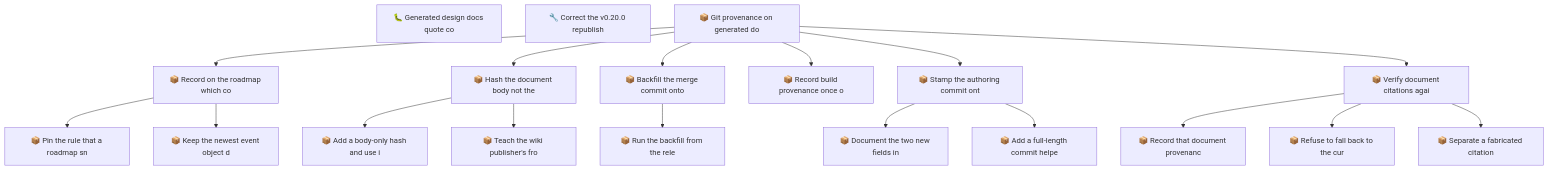
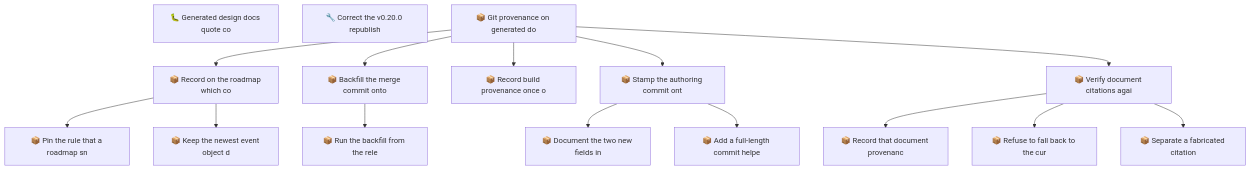
One commit to SpillwaveSolutions/wiki_ticket_sdd changed the second of 2 diagrams in docs/roadmap.md. Above: the diagram before and after it, drawn with Mermaid. The commit also changed other lines of this file and 30 other files, not shown here.

````diff
--- a/docs/roadmap.md
+++ b/docs/roadmap.md
@@ -111,38 +102,32 @@
 ```mermaid
 graph TD
     01KZ2M75CEXBQHFN1AG1Z8A2YB["🐛 Generated design docs quote co"]
     01KZ2PJZF067ZS4YW231C1FM28["🔧 Correct the v0.20.0 republish"]
     01KZ30X6HZ6FKJXJX386J44CB1["📦 Git provenance on generated do"]
     01KZ30X6JD06D11ACPVF8Q5GMW["📦 Record on the roadmap which co"]
-    01KZ30X6JD7M4XV6Y5194E1D32["📦 Hash the document body not the"]
     01KZ30X6JDHPRBESZDQ2CSNJZ2["📦 Pin the rule that a roadmap sn"]
     01KZ30X6JDSYHB6FQB7RRCGKQQ["📦 Keep the newest event object d"]
-    01KZ30X6JDXDZ38RY6AQEYE7VY["📦 Add a body-only hash and use i"]
-    01KZ30X6JDYF6YQWN6WYMVQ5Y4["📦 Teach the wiki publisher's fro"]
     01KZ30X6JE0QSQF6BE8S0YRPBW["📦 Backfill the merge commit onto"]
     01KZ30X6JE1ERVS43QVXEEGVXA["📦 Record build provenance once o"]
     01KZ30X6JE8542ERDW1B8A9P8H["📦 Run the backfill from the rele"]
     01KZ30X6JEBXN08HQTQ77ESSTV["📦 Record that document provenanc"]
     01KZ30X6JECK0M9G04ZHMS4SMA["📦 Stamp the authoring commit ont"]
     01KZ30X6JEETVQZG7YYFM7B998["📦 Refuse to fall back to the cur"]
     01KZ30X6JEF29Z5AEEWXBSJWHV["📦 Verify document citations agai"]
     01KZ30X6JEH1Z7D5AC5ZAMM5V8["📦 Document the two new fields in"]
     01KZ30X6JEWCD74E81Y555DAYP["📦 Separate a fabricated citation"]
     01KZ30X6JEXH4TTKHDNV3ZW0Q2["📦 Add a full-length commit helpe"]
     01KZ30X6HZ6FKJXJX386J44CB1 --> 01KZ30X6JD06D11ACPVF8Q5GMW
-    01KZ30X6HZ6FKJXJX386J44CB1 --> 01KZ30X6JD7M4XV6Y5194E1D32
     01KZ30X6JD06D11ACPVF8Q5GMW --> 01KZ30X6JDHPRBESZDQ2CSNJZ2
     01KZ30X6JD06D11ACPVF8Q5GMW --> 01KZ30X6JDSYHB6FQB7RRCGKQQ
-    01KZ30X6JD7M4XV6Y5194E1D32 --> 01KZ30X6JDXDZ38RY6AQEYE7VY
-    01KZ30X6JD7M4XV6Y5194E1D32 --> 01KZ30X6JDYF6YQWN6WYMVQ5Y4
     01KZ30X6HZ6FKJXJX386J44CB1 --> 01KZ30X6JE0QSQF6BE8S0YRPBW
     01KZ30X6HZ6FKJXJX386J44CB1 --> 01KZ30X6JE1ERVS43QVXEEGVXA
     01KZ30X6JE0QSQF6BE8S0YRPBW --> 01KZ30X6JE8542ERDW1B8A9P8H
     01KZ30X6JEF29Z5AEEWXBSJWHV --> 01KZ30X6JEBXN08HQTQ77ESSTV
     01KZ30X6HZ6FKJXJX386J44CB1 --> 01KZ30X6JECK0M9G04ZHMS4SMA
     01KZ30X6JEF29Z5AEEWXBSJWHV --> 01KZ30X6JEETVQZG7YYFM7B998
     01KZ30X6HZ6FKJXJX386J44CB1 --> 01KZ30X6JEF29Z5AEEWXBSJWHV
     01KZ30X6JECK0M9G04ZHMS4SMA --> 01KZ30X6JEH1Z7D5AC5ZAMM5V8
     01KZ30X6JEF29Z5AEEWXBSJWHV --> 01KZ30X6JEWCD74E81Y555DAYP
     01KZ30X6JECK0M9G04ZHMS4SMA --> 01KZ30X6JEXH4TTKHDNV3ZW0Q2
 ```
````
